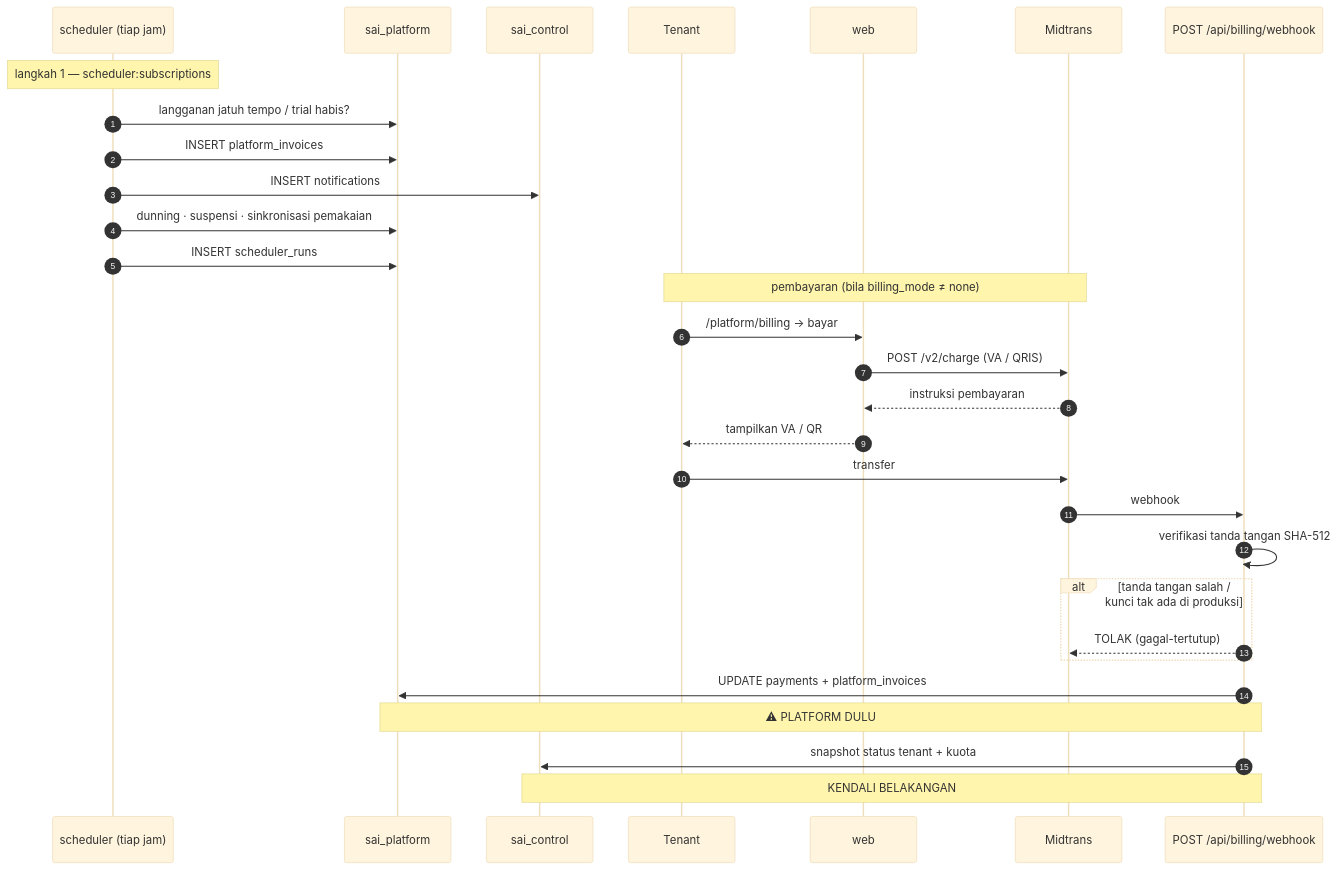
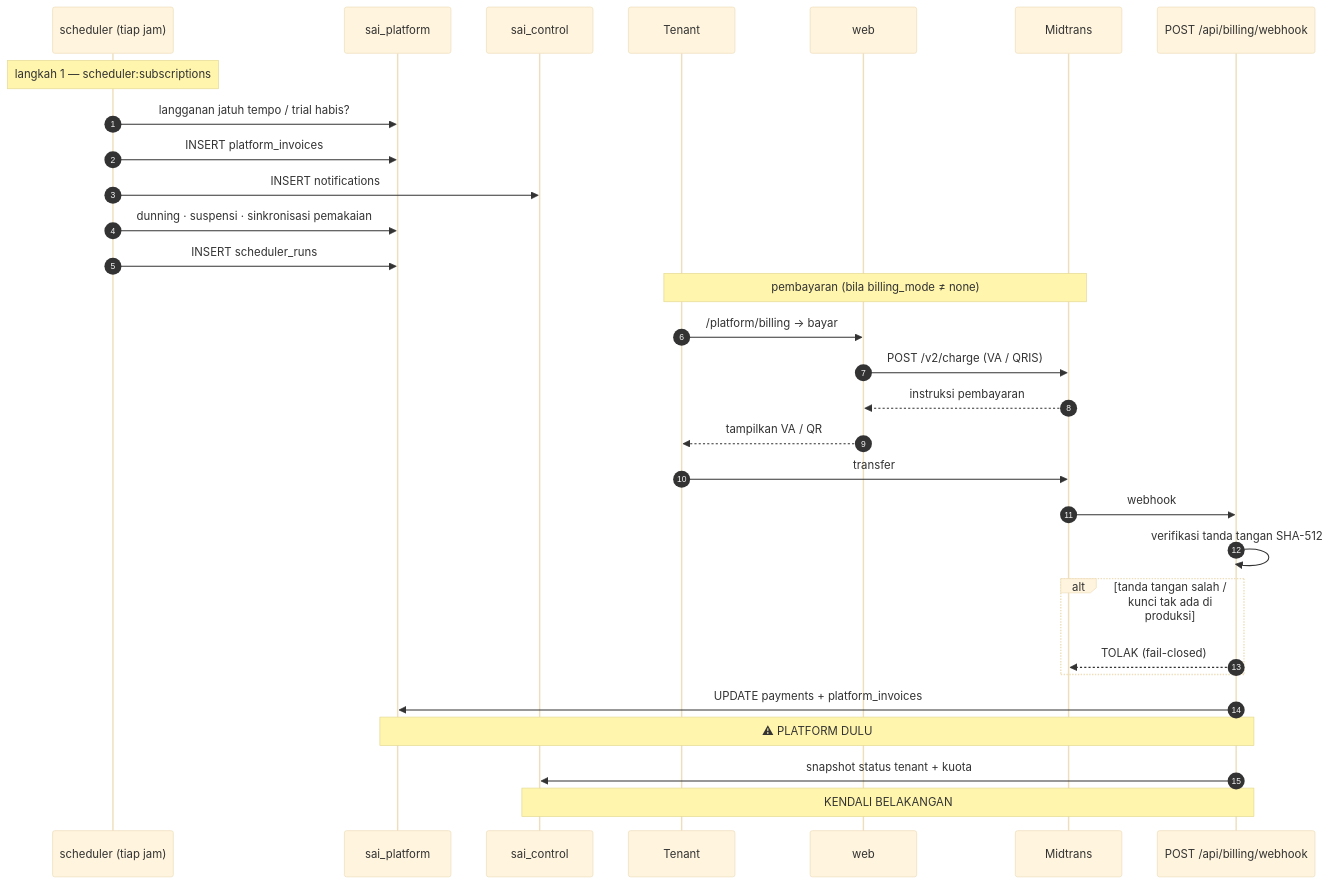
Before and after one commit to tri-evendi/sai-accounting: the fifth of 9 diagrams in docs/arsitektur/06-ALIRAN-DATA.md, drawn with Mermaid (base theme). The commit also changed 28 other files, not shown here.

````diff
--- a/docs/arsitektur/06-ALIRAN-DATA.md
+++ b/docs/arsitektur/06-ALIRAN-DATA.md
@@ -224,35 +224,35 @@
 ```mermaid
 sequenceDiagram
     autonumber
     participant S as scheduler (tiap jam)
     participant PDB as sai_platform
     participant CDB as sai_control
     participant U as Tenant
     participant W as web
     participant MT as Midtrans
     participant WH as POST /api/billing/webhook
 
     Note over S: langkah 1 — scheduler:subscriptions
     S->>PDB: langganan jatuh tempo / trial habis?
     S->>PDB: INSERT platform_invoices
     S->>CDB: INSERT notifications
     S->>PDB: dunning · suspensi · sinkronisasi pemakaian
     S->>PDB: INSERT scheduler_runs
 
     Note over U,MT: pembayaran (bila billing_mode ≠ none)
     U->>W: /platform/billing → bayar
     W->>MT: POST /v2/charge (VA / QRIS)
     MT-->>W: instruksi pembayaran
     W-->>U: tampilkan VA / QR
 
     U->>MT: transfer
     MT->>WH: webhook
     WH->>WH: verifikasi tanda tangan SHA-512
     alt tanda tangan salah / kunci tak ada di produksi
-        WH-->>MT: TOLAK (gagal-tertutup)
+        WH-->>MT: TOLAK (fail-closed)
     end
     WH->>PDB: UPDATE payments + platform_invoices
     Note over WH,PDB: ⚠ PLATFORM DULU
     WH->>CDB: snapshot status tenant + kuota
     Note over WH,CDB: KENDALI BELAKANGAN
 ```
````
